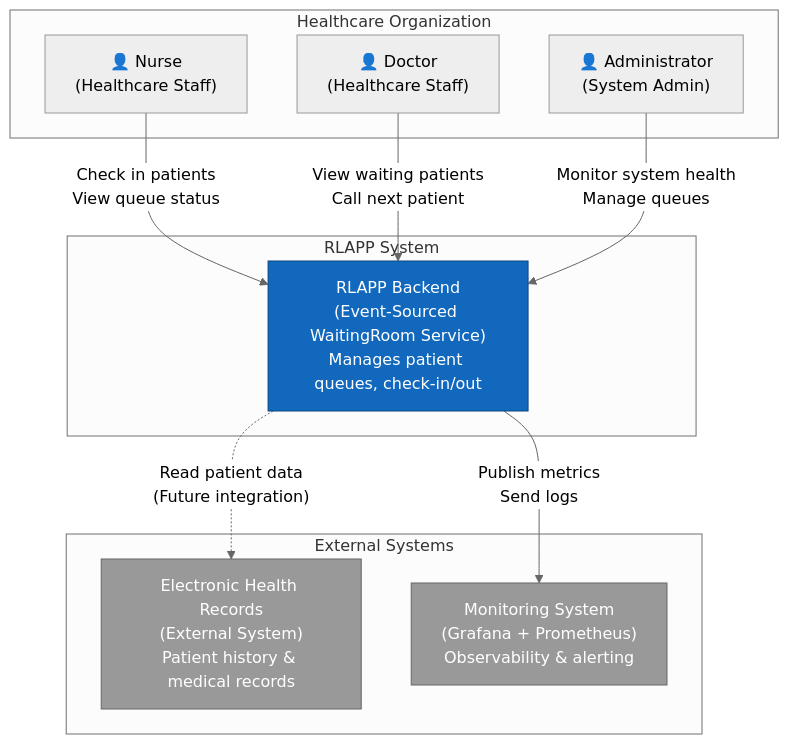
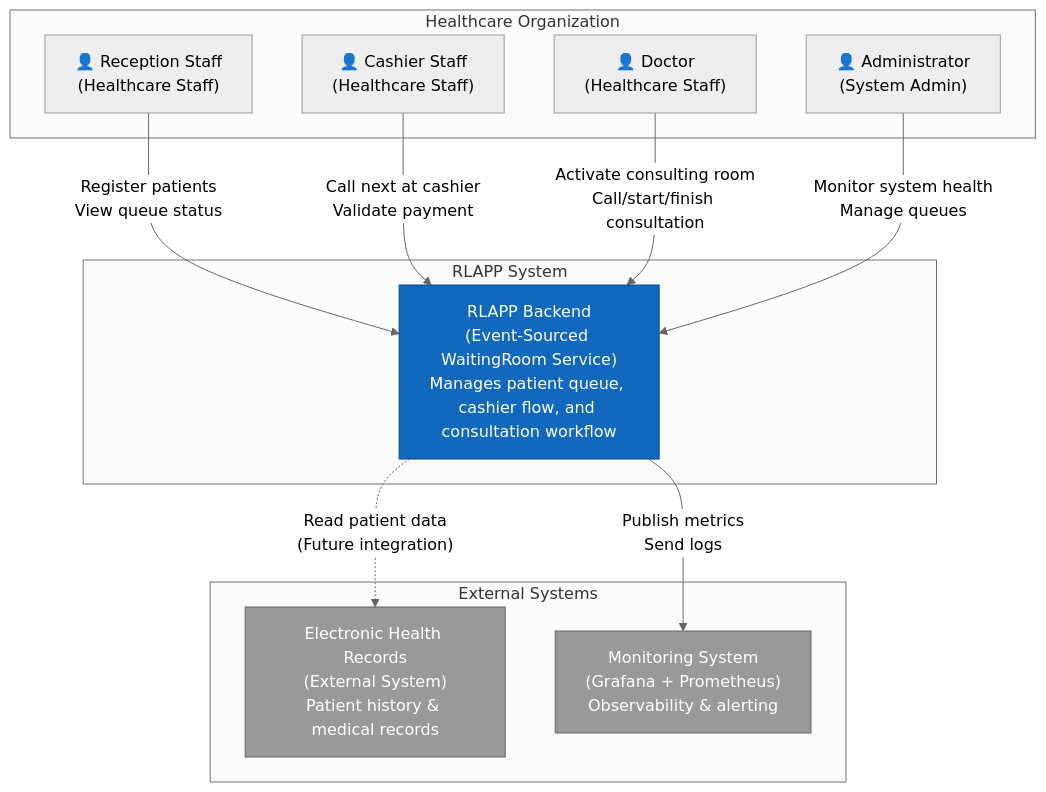
Before and after one commit to leopcaraballo/rlapp-backend: the first of 7 diagrams in docs/architecture/c4-diagrams.md, drawn with Mermaid (neutral theme). The commit also changed other lines of this file and 101 other files, not shown here.

Commit message:
feat: containerize API/worker and align waiting-room workflow docs/tests

````diff
--- a/docs/architecture/c4-diagrams.md
+++ b/docs/architecture/c4-diagrams.md
@@ -34,28 +34,30 @@
 ```mermaid
 graph TB
     subgraph "Healthcare Organization"
-        Nurse["👤 Nurse<br/>(Healthcare Staff)"]
+        Reception["👤 Reception Staff<br/>(Healthcare Staff)"]
+        Cashier["👤 Cashier Staff<br/>(Healthcare Staff)"]
         Doctor["👤 Doctor<br/>(Healthcare Staff)"]
         Admin["👤 Administrator<br/>(System Admin)"]
     end
 
     subgraph "RLAPP System"
-        RLAPP["RLAPP Backend<br/>(Event-Sourced WaitingRoom Service)<br/>Manages patient queues, check-in/out"]
+        RLAPP["RLAPP Backend<br/>(Event-Sourced WaitingRoom Service)<br/>Manages patient queue, cashier flow, and consultation workflow"]
     end
 
     subgraph "External Systems"
         EHR["Electronic Health Records<br/>(External System)<br/>Patient history & medical records"]
         Monitoring["Monitoring System<br/>(Grafana + Prometheus)<br/>Observability & alerting"]
     end
 
-    Nurse -->|"Check in patients<br/>View queue status"| RLAPP
-    Doctor -->|"View waiting patients<br/>Call next patient"| RLAPP
+    Reception -->|"Register patients<br/>View queue status"| RLAPP
+    Cashier -->|"Call next at cashier<br/>Validate payment"| RLAPP
+    Doctor -->|"Activate consulting room<br/>Call/start/finish consultation"| RLAPP
     Admin -->|"Monitor system health<br/>Manage queues"| RLAPP
 
     RLAPP -.->|"Read patient data<br/>(Future integration)"| EHR
     RLAPP -->|"Publish metrics<br/>Send logs"| Monitoring
 
     style RLAPP fill:#1168bd,stroke:#0b4884,color:#ffffff
     style EHR fill:#999999,stroke:#666666,color:#ffffff
     style Monitoring fill:#999999,stroke:#666666,color:#ffffff
 ```
````
